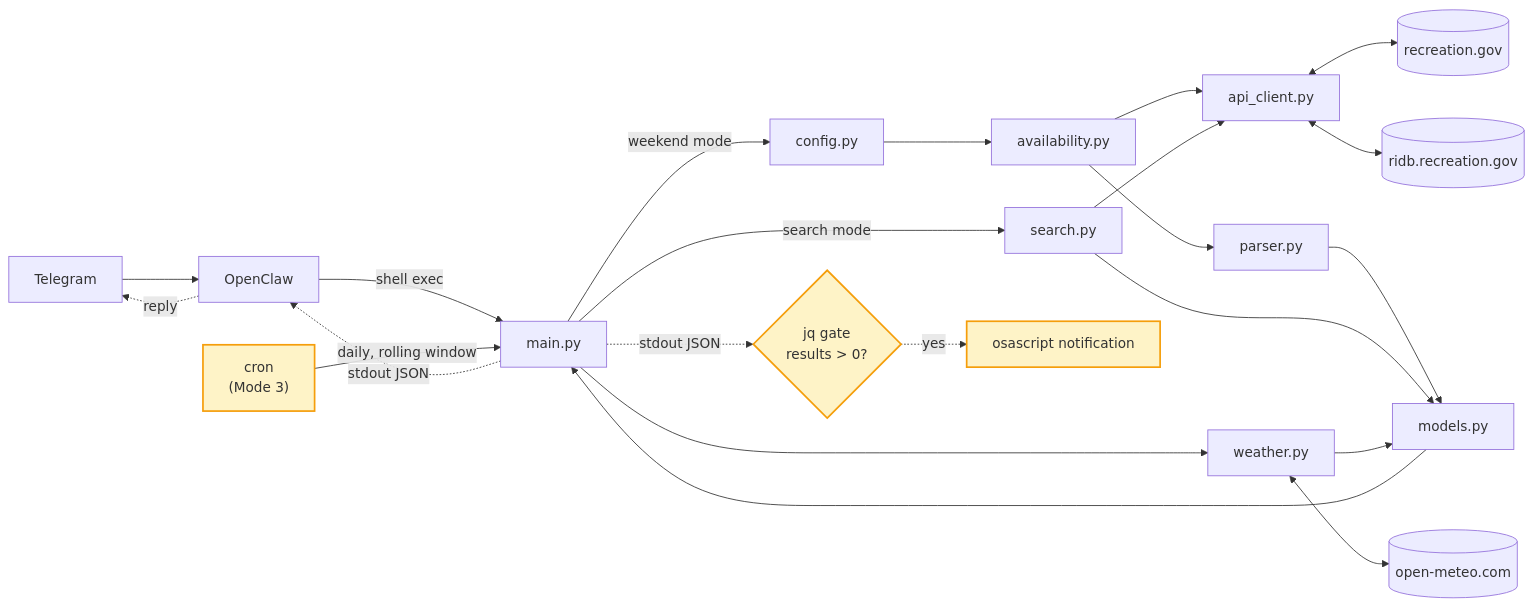
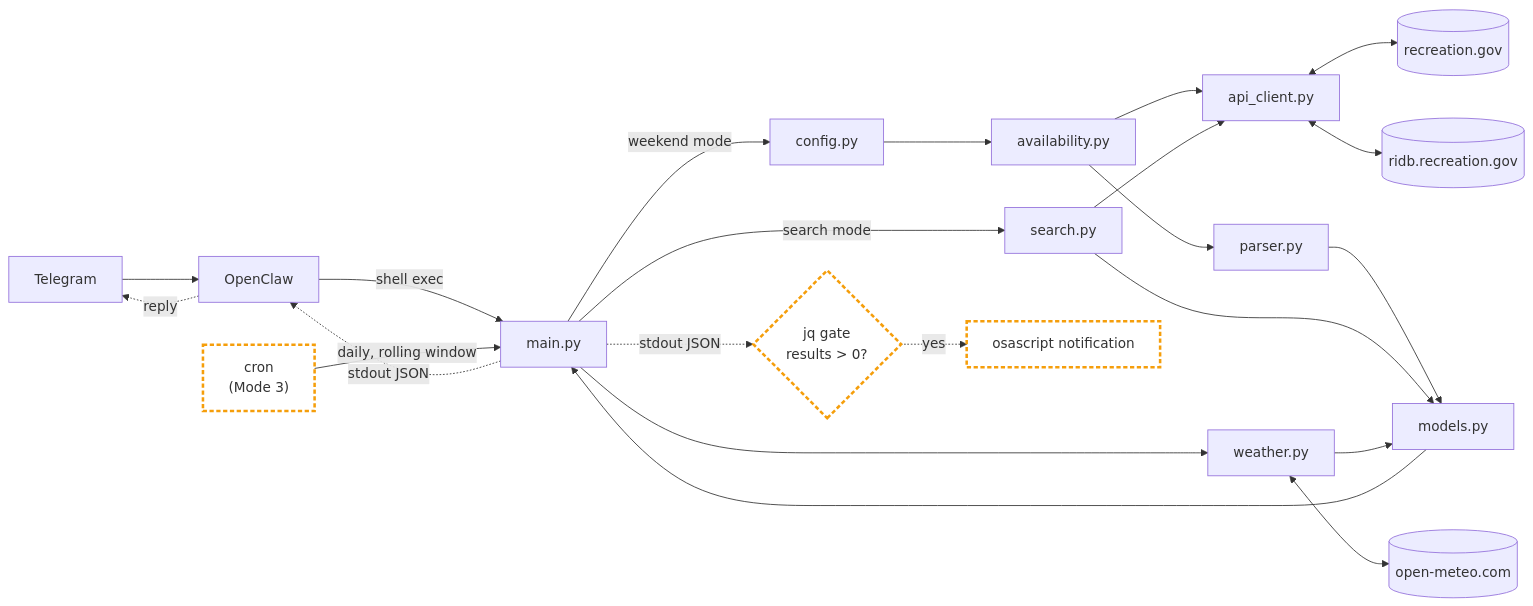
Before and after one commit to JamalMansuri/campsiterecon: the diagram in README.md, drawn with Mermaid. The commit also changed other lines of this file, not shown here.

Commit message:
Drop unreadable yellow fill from Mode 3 mermaid nodes
Replace the pale-yellow fill with a transparent fill + dashed amber
border. The fill collided with GitHub's dark-mode node text, leaving
the labels unreadable. Border-only styling preserves the visual
distinction between Python modules and SKILL.md shell orchestration
without depending on theme.

````diff
--- a/README.md
+++ b/README.md
@@ -13,33 +13,33 @@
 ```mermaid
 flowchart LR
     TG["Telegram"] --> OC["OpenClaw"]
     OC -->|shell exec| CLI["main.py"]
     CRON["cron<br/>(Mode 3)"] -->|daily, rolling window| CLI
 
     CLI -->|weekend mode| CFG["config.py"]
     CLI -->|search mode| SR["search.py"]
     CLI --> WX["weather.py"]
 
     CFG --> AV["availability.py"]
     AV --> AC["api_client.py"]
     SR --> AC
 
     AC <--> REC[("recreation.gov")]
     AC <--> RIDB[("ridb.recreation.gov")]
     WX <--> MET[("open-meteo.com")]
 
     AV --> PR["parser.py"]
     PR --> MDL["models.py"]
     SR --> MDL
     WX --> MDL
     MDL --> CLI
 
     CLI -.->|stdout JSON| OC
     OC -.->|reply| TG
 
     CLI -.->|stdout JSON| JQ{"jq gate<br/>results &gt; 0?"}
     JQ -.->|yes| NTF["osascript notification"]
 
-    classDef skill fill:#fef3c7,stroke:#f59e0b,stroke-width:2px;
+    classDef skill fill:none,stroke:#f59e0b,stroke-width:3px,stroke-dasharray:5 3;
     class CRON,JQ,NTF skill;
 ```
````
